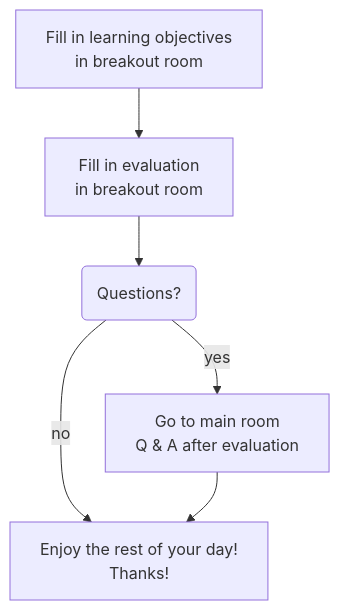
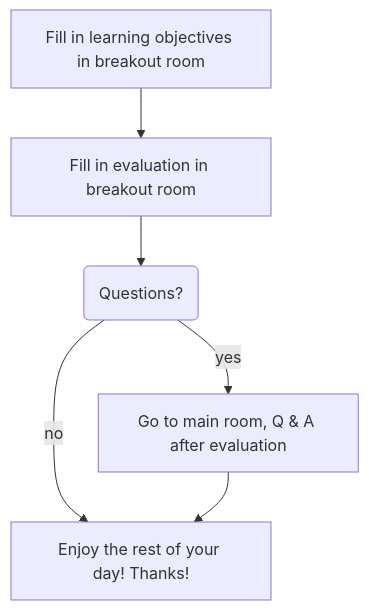
The second of 2 diagrams in docs/intermediate/summary.md (UPPMAX/bianca_workshop), drawn with Mermaid before and after one commit. The commit also changed 3 other files, not shown here.

````diff
--- a/docs/intermediate/summary.md
+++ b/docs/intermediate/summary.md
@@ -104,13 +104,13 @@
 ```mermaid
 flowchart TD
-  learning_objectives[Fill in learning objectives\nin breakout room]
-  evaluation[Fill in evaluation\nin breakout room]
+  learning_objectives[Fill in learning objectives in breakout room]
+  evaluation[Fill in evaluation in breakout room]
   questions(Questions?)
-  done[Enjoy the rest of your day!\nThanks!]
-  q_and_a[Go to main room\nQ & A after evaluation]
+  done[Enjoy the rest of your day! Thanks!]
+  q_and_a[Go to main room, Q & A after evaluation]
   learning_objectives --> evaluation
   evaluation --> questions
   questions --> |yes| q_and_a
   questions --> |no| done
   q_and_a --> done
 ```
````
